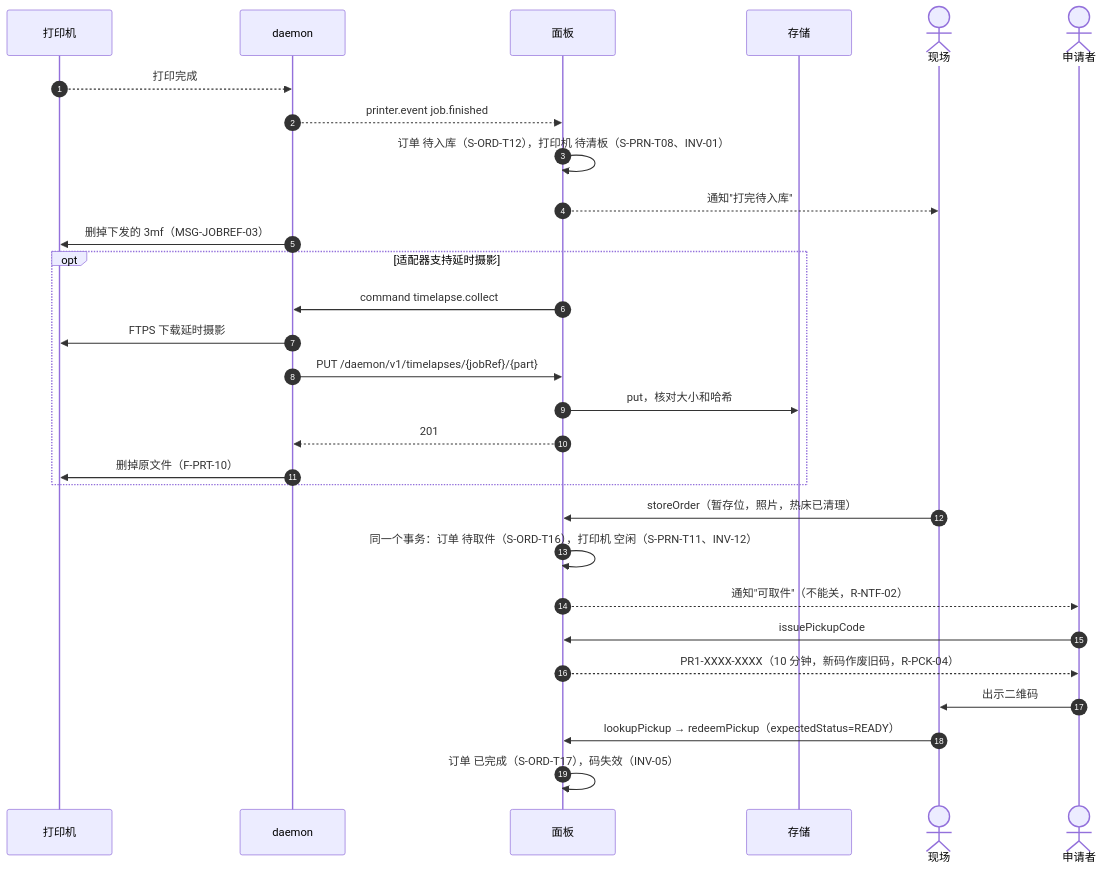
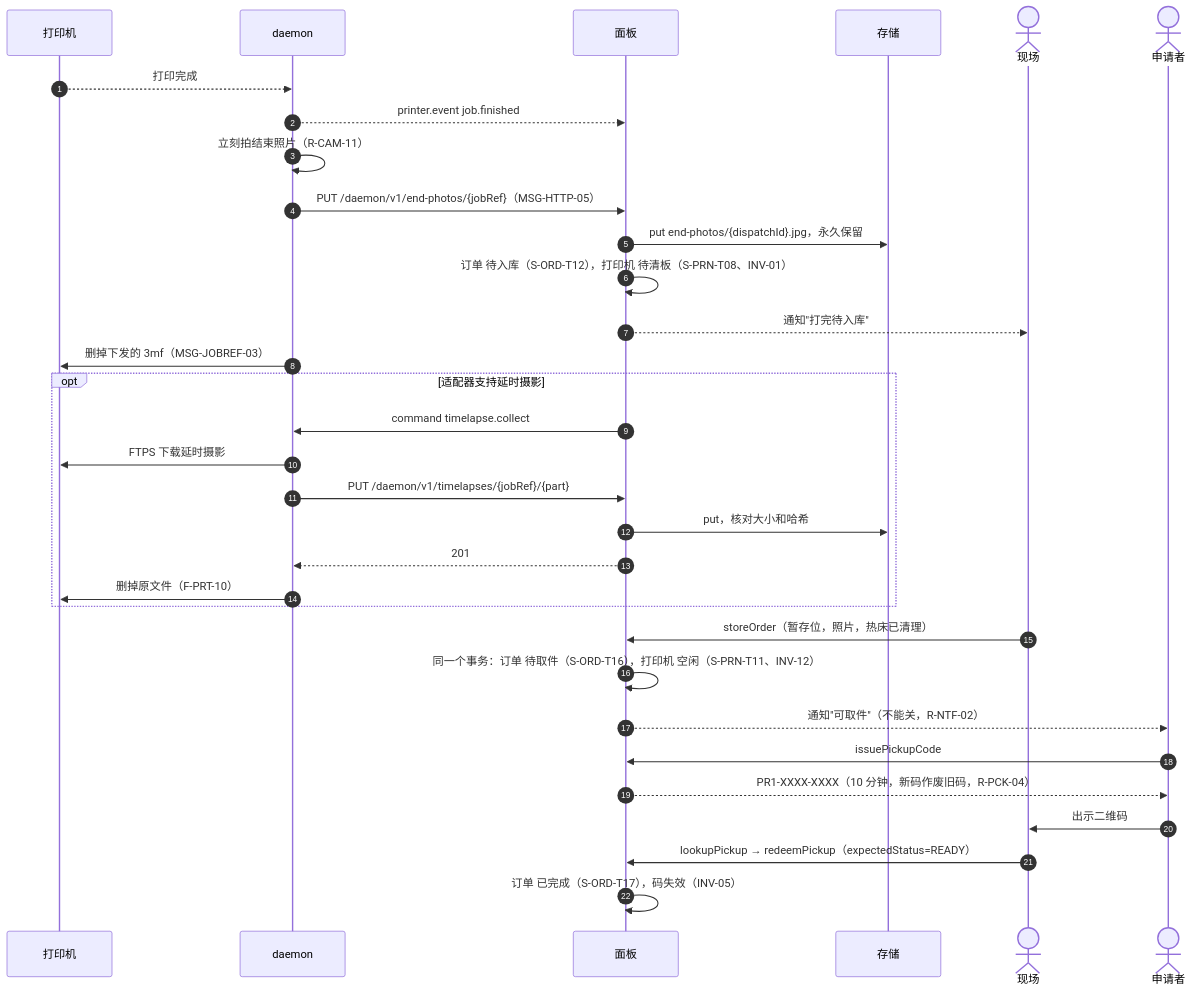
Before and after one commit to PlateRelay/PlateRelay: the seventh of 11 diagrams in docs/design/03-sequences.md, drawn with Mermaid. The commit also changed other lines of this file, not shown here.

Commit message:
docs(design): add end photos and device-side stop to sequences
Claude-Session: https://claude.ai/code/session_012TmsB2UUV3GMJ8Hk98n5y7

````diff
--- a/docs/design/03-sequences.md
+++ b/docs/design/03-sequences.md
@@ -277,31 +279,34 @@
 ```mermaid
 sequenceDiagram
   autonumber
   participant R as 打印机
   participant D as daemon
   participant P as 面板
   participant O as 存储
   actor S as 现场
   actor A as 申请者
   R-->>D: 打印完成
   D-->>P: printer.event job.finished
+  D->>D: 立刻拍结束照片（R-CAM-11）
+  D->>P: PUT /daemon/v1/end-photos/{jobRef}（MSG-HTTP-05）
+  P->>O: put end-photos/{dispatchId}.jpg，永久保留
   P->>P: 订单 待入库（S-ORD-T12），打印机 待清板（S-PRN-T08、INV-01）
   P-->>S: 通知"打完待入库"
   D->>R: 删掉下发的 3mf（MSG-JOBREF-03）
   opt 适配器支持延时摄影
     P->>D: command timelapse.collect
     D->>R: FTPS 下载延时摄影
     D->>P: PUT /daemon/v1/timelapses/{jobRef}/{part}
     P->>O: put，核对大小和哈希
     P-->>D: 201
     D->>R: 删掉原文件（F-PRT-10）
   end
   S->>P: storeOrder（暂存位，照片，热床已清理）
   P->>P: 同一个事务：订单 待取件（S-ORD-T16），打印机 空闲（S-PRN-T11、INV-12）
   P-->>A: 通知"可取件"（不能关，R-NTF-02）
   A->>P: issuePickupCode
   P-->>A: PR1-XXXX-XXXX（10 分钟，新码作废旧码，R-PCK-04）
   A->>S: 出示二维码
   S->>P: lookupPickup → redeemPickup（expectedStatus=READY）
   P->>P: 订单 已完成（S-ORD-T17），码失效（INV-05）
 ```
````
